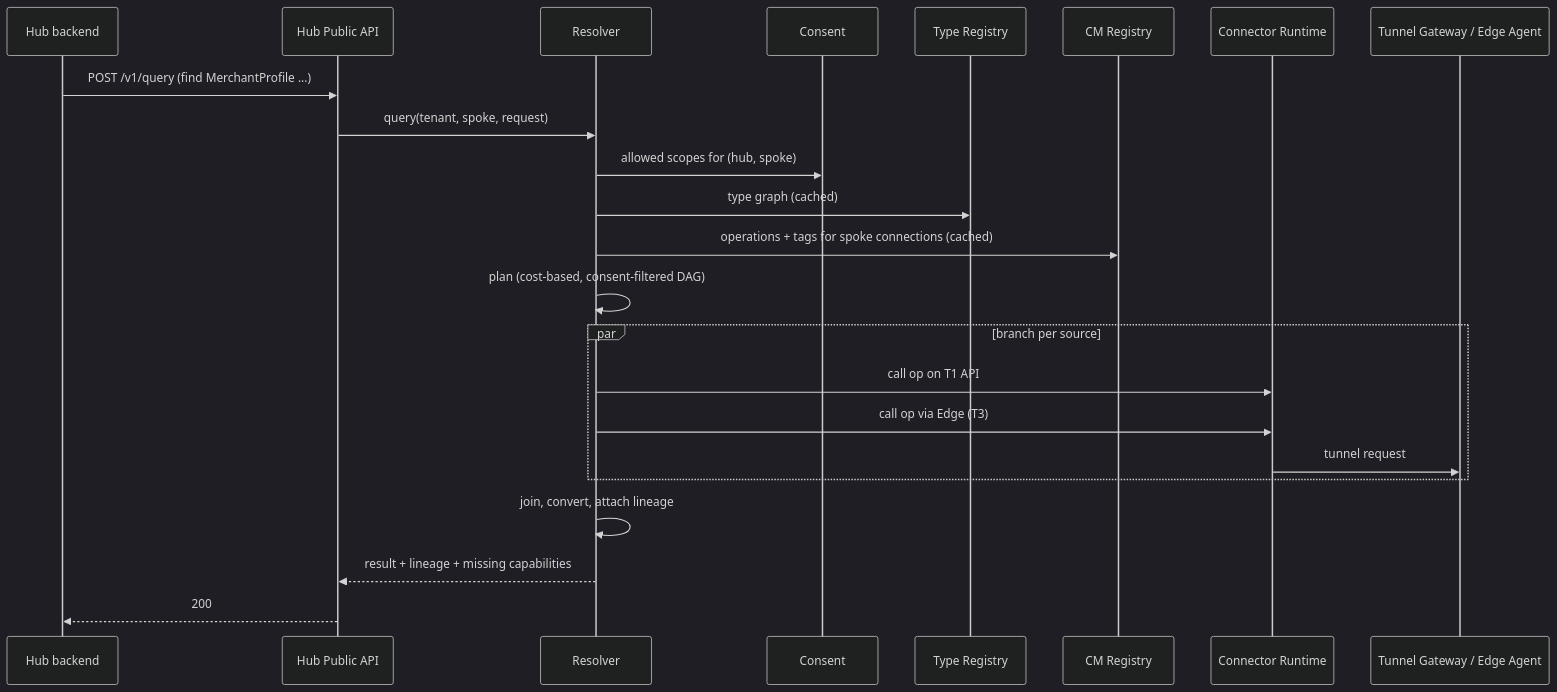
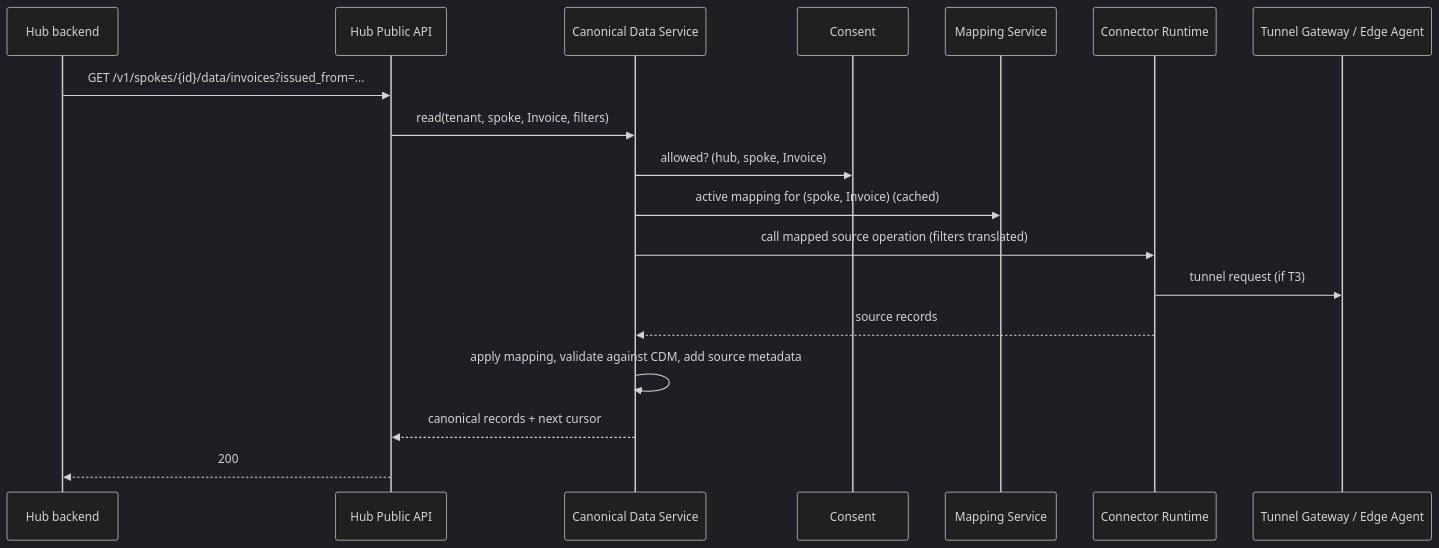
Before and after one commit to khaledibrahim1015/repo-evalv2: the fifth of 5 diagrams in integration/prd/02-architecture.md, drawn with Mermaid (dark theme). The commit also changed other lines of this file and 6 other files, not shown here.

````diff
--- a/integration/prd/02-architecture.md
+++ b/integration/prd/02-architecture.md
@@ -321,25 +321,20 @@
 ```mermaid
 sequenceDiagram
   participant H as Hub backend
   participant API as Hub Public API
-  participant R as Resolver
+  participant DS as Canonical Data Service
   participant CO as Consent
-  participant ST as Type Registry
-  participant CM as CM Registry
+  participant MP as Mapping Service
   participant CR as Connector Runtime
   participant TG as Tunnel Gateway / Edge Agent
-  H->>API: POST /v1/query (find MerchantProfile ...)
-  API->>R: query(tenant, spoke, request)
-  R->>CO: allowed scopes for (hub, spoke)
-  R->>ST: type graph (cached)
-  R->>CM: operations + tags for spoke connections (cached)
-  R->>R: plan (cost-based, consent-filtered DAG)
-  par branch per source
-    R->>CR: call op on T1 API
-    R->>CR: call op via Edge (T3)
-    CR->>TG: tunnel request
-  end
-  R->>R: join, convert, attach lineage
-  R-->>API: result + lineage + missing capabilities
+  H->>API: GET /v1/spokes/{id}/data/invoices?issued_from=...
+  API->>DS: read(tenant, spoke, Invoice, filters)
+  DS->>CO: allowed? (hub, spoke, Invoice)
+  DS->>MP: active mapping for (spoke, Invoice) (cached)
+  DS->>CR: call mapped source operation (filters translated)
+  CR->>TG: tunnel request (if T3)
+  CR-->>DS: source records
+  DS->>DS: apply mapping, validate against CDM, add source metadata
+  DS-->>API: canonical records + next cursor
   API-->>H: 200
 ```
````
